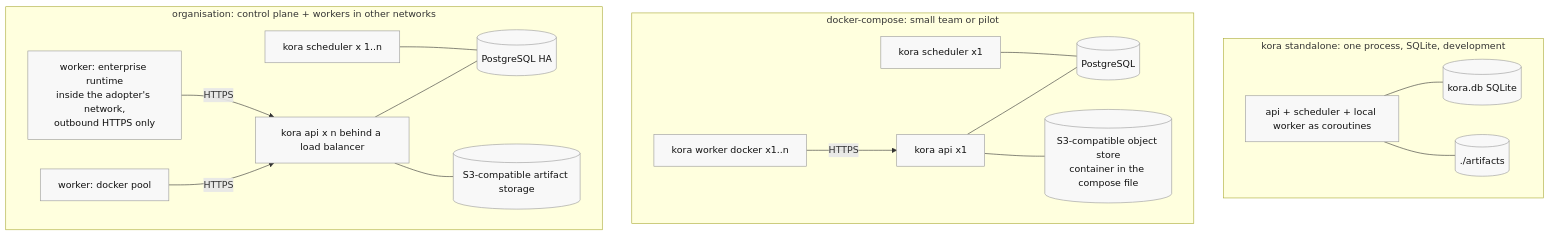
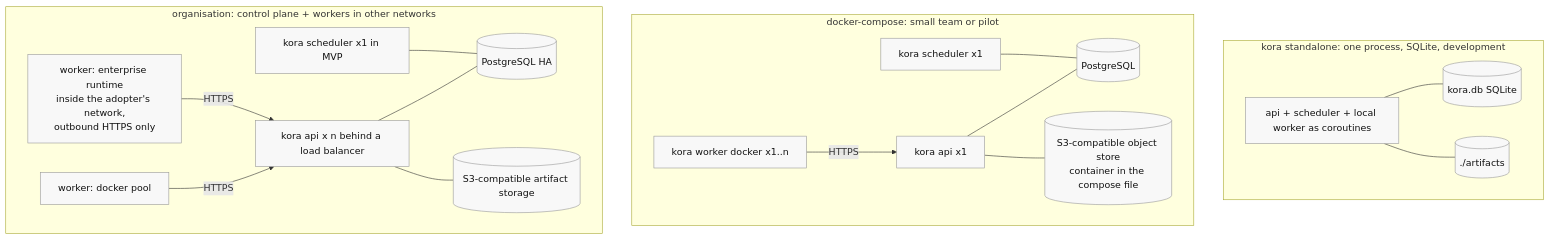
The fourth of 4 diagrams in knowledge/architecture/detailed.md (klukashka/kora), drawn with Mermaid before and after one commit. The commit also changed other lines of this file and 32 other files, not shown here.

Commit message:
docs: consolidate architecture references and remove duplicate narratives (#77)

````diff
--- a/knowledge/architecture/detailed.md
+++ b/knowledge/architecture/detailed.md
@@ -266,34 +94,34 @@
 ```mermaid
 flowchart TB
     classDef box fill:#f8f8f8,stroke:#999,color:#111
 
     subgraph standalone [kora standalone: one process, SQLite, development]
         SA[api + scheduler + local worker as coroutines]:::box
         SDB[(kora.db SQLite)]:::box
         SFS[(./artifacts)]:::box
         SA --- SDB & SFS
     end
 
     subgraph compose [docker-compose: small team or pilot]
         CA[kora api x1]:::box
         CS[kora scheduler x1]:::box
         CW[kora worker docker x1..n]:::box
         CDB[(PostgreSQL)]:::box
         CFS[(S3-compatible object store<br/>container in the compose file)]:::box
         CA & CS --- CDB
         CW -->|HTTPS| CA
         CA --- CFS
     end
 
     subgraph enterprise [organisation: control plane + workers in other networks]
         EA[kora api x n behind a load balancer]:::box
-        ES[kora scheduler x 1..n]:::box
+        ES[kora scheduler x1 in MVP]:::box
         EDB[(PostgreSQL HA)]:::box
         EFS[(S3-compatible artifact storage)]:::box
         EW1[worker: docker pool]:::box
         EW2[worker: enterprise runtime<br/>inside the adopter's network,<br/>outbound HTTPS only]:::box
         EA & ES --- EDB
         EA --- EFS
         EW1 & EW2 -->|HTTPS| EA
     end
 ```
````
